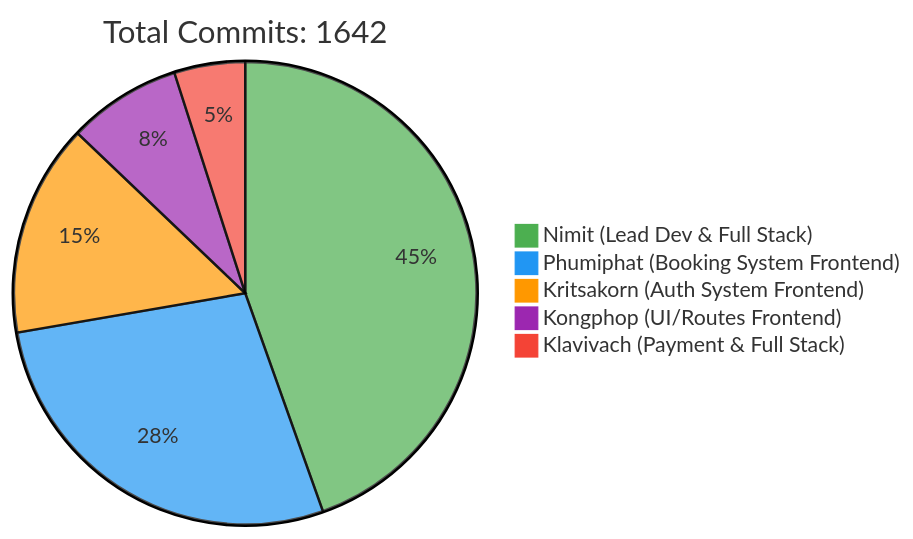
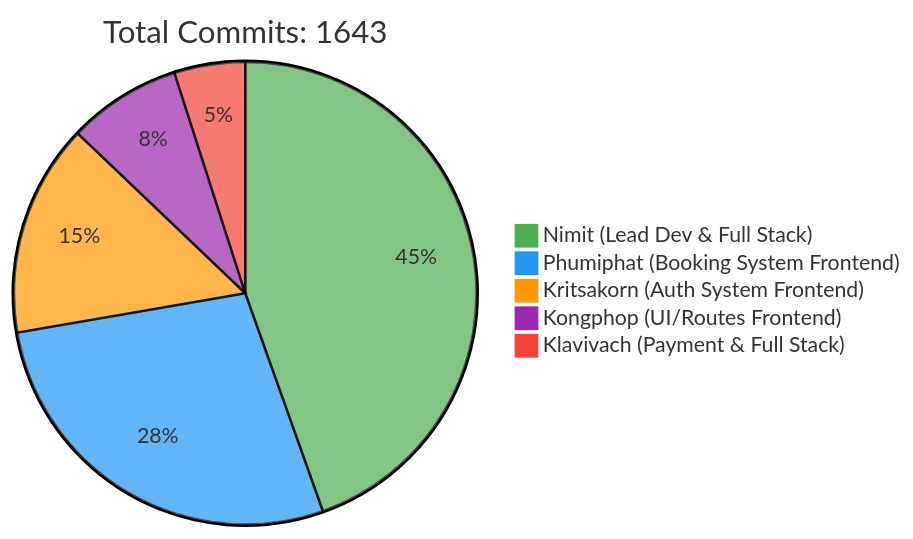
Before and after one commit to 6531503042/Sport-Complex: the first of 2 diagrams in README.md, drawn with Mermaid. The commit also changed other lines of this file, not shown here.

Commit message:
docs: Update contributor statistics [skip ci]

````diff
--- a/README.md
+++ b/README.md
@@ -257,10 +257,10 @@
 ```mermaid
 %%{init: {'theme': 'base', 'themeVariables': { 'pie1': '#4CAF50', 'pie2': '#2196F3', 'pie3': '#FF9800', 'pie4': '#9C27B0', 'pie5': '#F44336'}}}%%
 pie
-    title Total Commits: 1642
+    title Total Commits: 1643
     "Nimit (Lead Dev & Full Stack)" : 450
     "Phumiphat (Booking System Frontend)" : 280
     "Kritsakorn (Auth System Frontend)" : 150
     "Kongphop (UI/Routes Frontend)" : 80
     "Klavivach (Payment & Full Stack)" : 50
 ```
````
